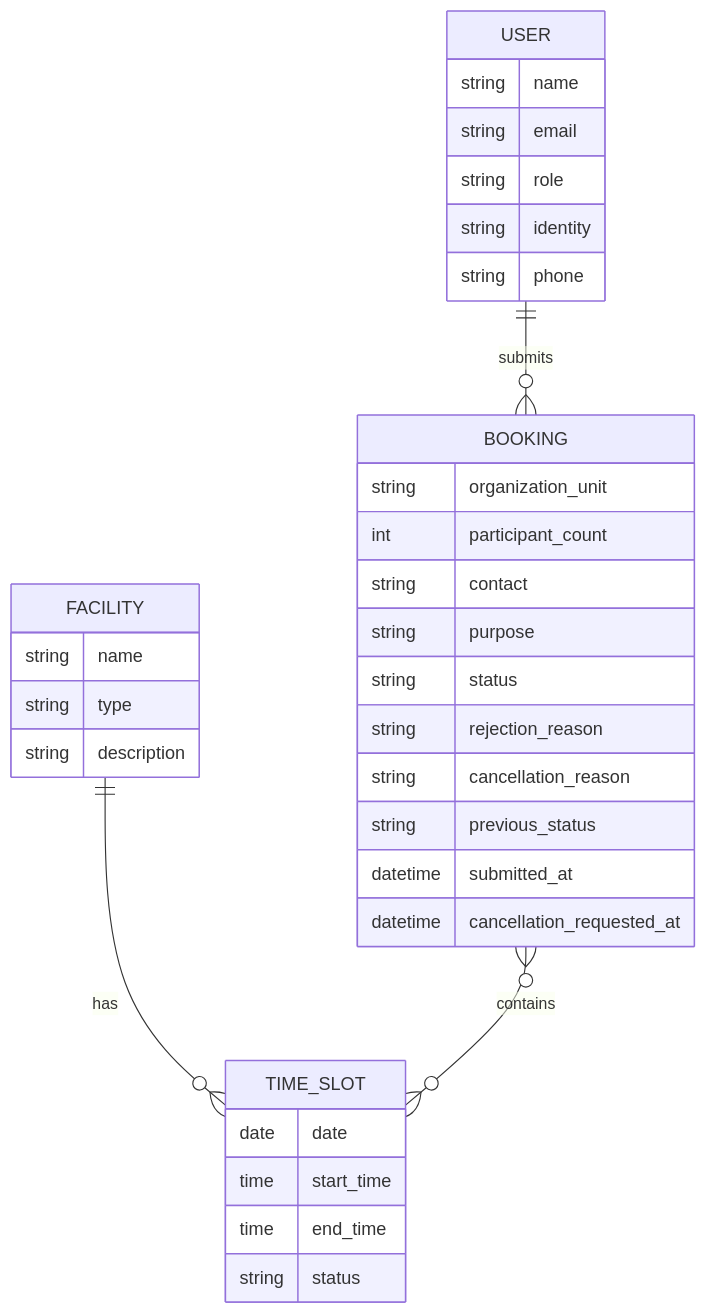
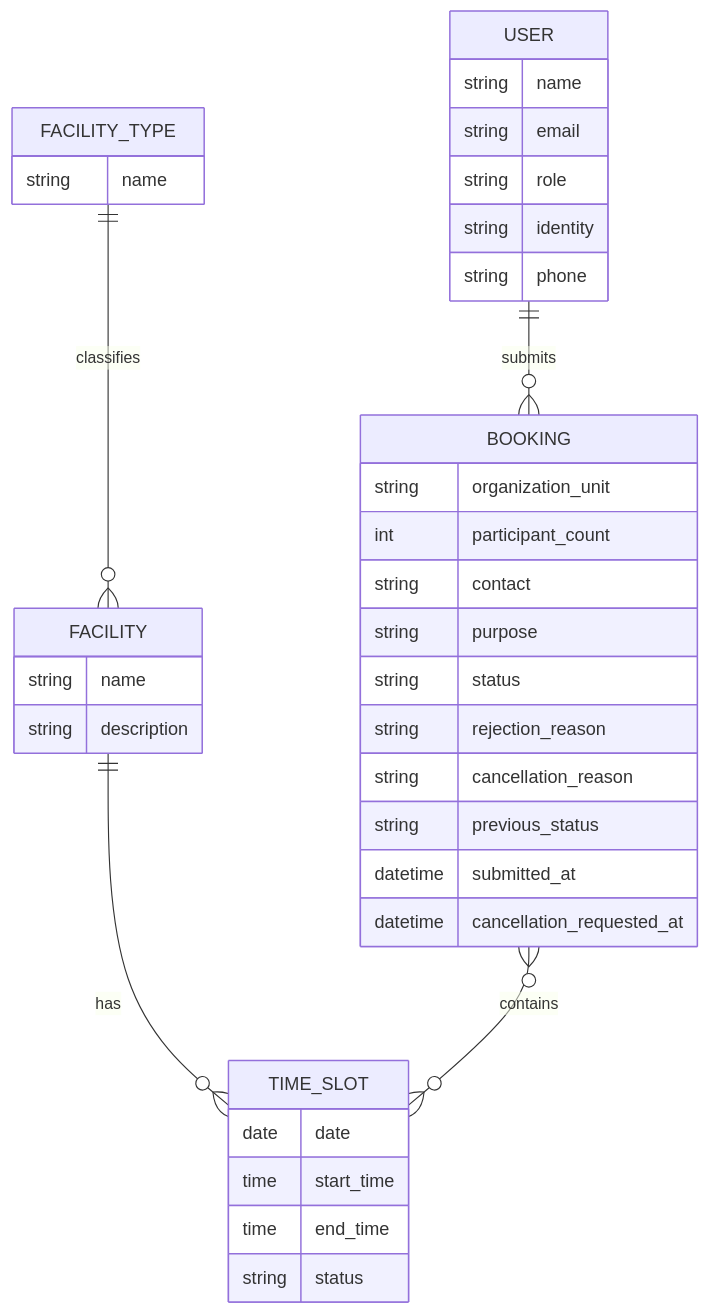
Before and after one commit to musyaree/fasor-hub-jsp: the first of 2 diagrams in docs/03-desain/model-data.md, drawn with Mermaid. The commit also changed other lines of this file and 5 other files, not shown here.

Commit message:
docs: add facility and type management to design docs

````diff
--- a/docs/03-desain/model-data.md
+++ b/docs/03-desain/model-data.md
@@ -28,37 +28,40 @@
 ```mermaid
 erDiagram
     USER ||--o{ BOOKING : submits
+    FACILITY_TYPE ||--o{ FACILITY : classifies
     FACILITY ||--o{ TIME_SLOT : has
     BOOKING }o--o{ TIME_SLOT : contains
 
     USER {
         string name
         string email
         string role
         string identity
         string phone
     }
+    FACILITY_TYPE {
+        string name
+    }
     FACILITY {
         string name
-        string type
         string description
     }
     TIME_SLOT {
         date date
         time start_time
         time end_time
         string status
     }
     BOOKING {
         string organization_unit
         int participant_count
         string contact
         string purpose
         string status
         string rejection_reason
         string cancellation_reason
         string previous_status
         datetime submitted_at
         datetime cancellation_requested_at
     }
 ```
````
